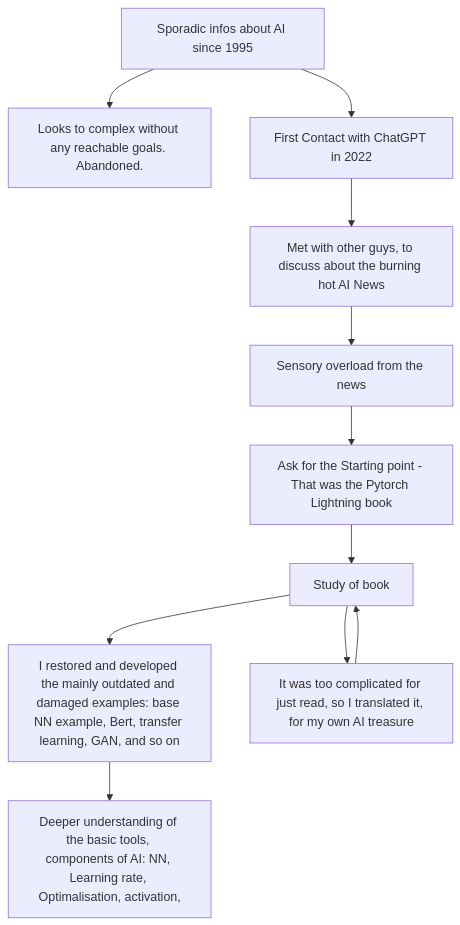
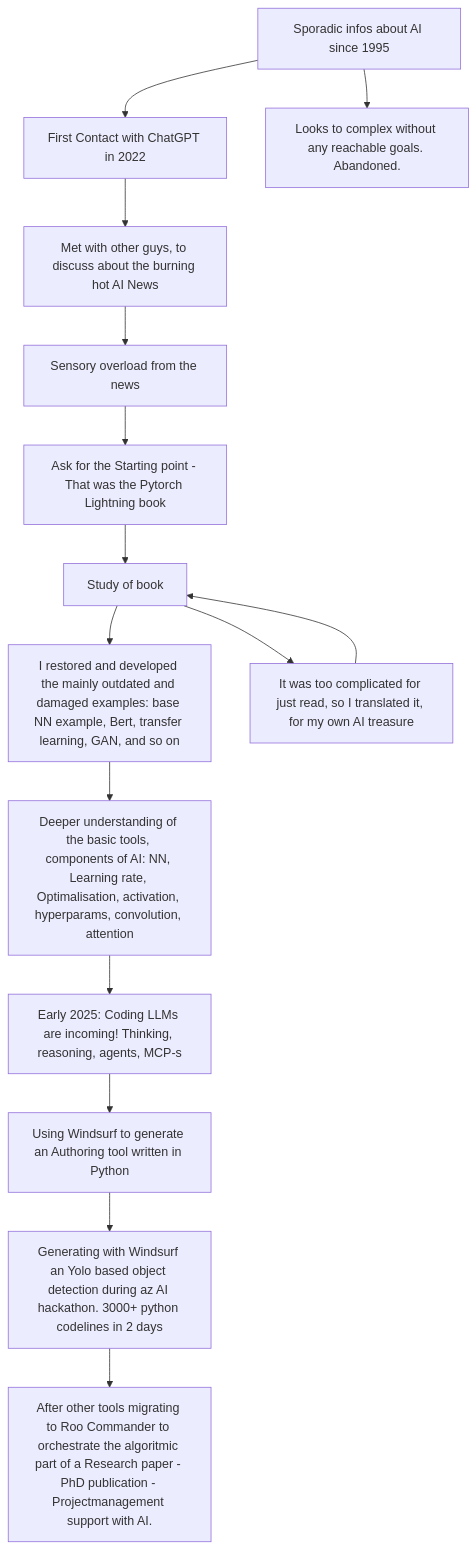
One commit to vmistvan/VMI_CV_AI changed the diagram in README.md. Above: the diagram before and after it, drawn with Mermaid. The commit also changed other lines of this file, not shown here.

Commit message:
Update README.md
azaz

````diff
--- a/README.md
+++ b/README.md
@@ -3,14 +3,17 @@
 ```mermaid
 graph TD
-    A[Sporadic infos about AI since 1995] --> B[Looks to complex without any reachable goals. Abandoned.]
-    A --> C[First Contact with ChatGPT in 2022]
+    A[Sporadic infos about AI since 1995] --> C[First Contact with ChatGPT in 2022]
+    A --> B[Looks to complex without any reachable goals. Abandoned.]
     C --> D[Met with other guys, to discuss about the burning hot AI News]
     D --> E[Sensory overload from the news]
     E --> F[Ask for the Starting point - That was the Pytorch Lightning book]
     F --> G[Study of book]
     G --> I[I restored and developed the mainly outdated and damaged examples: base NN example, Bert, transfer learning, GAN, and so on]
     G --> H[It was too complicated for just read, so I translated it, for my own AI treasure]
     H --> G
-    I --> J[Deeper understanding of the basic tools, components of AI: NN, Learning rate, Optimalisation, activation, ]
-    
+    I --> J[Deeper understanding of the basic tools, components of AI: NN, Learning rate, Optimalisation, activation, hyperparams, convolution, attention]
+    J --> K[Early 2025: Coding LLMs are incoming! Thinking, reasoning, agents, MCP-s]
+    K --> L[Using Windsurf to generate an Authoring tool written in Python]
+    L --> M[Generating with Windsurf an Yolo based object detection during az AI hackathon. 3000+ python codelines in 2 days]
+    M --> N[After other tools migrating to Roo Commander to orchestrate the algoritmic part of a Research paper - PhD publication - Projectmanagement support with AI.]    
 ```
````
